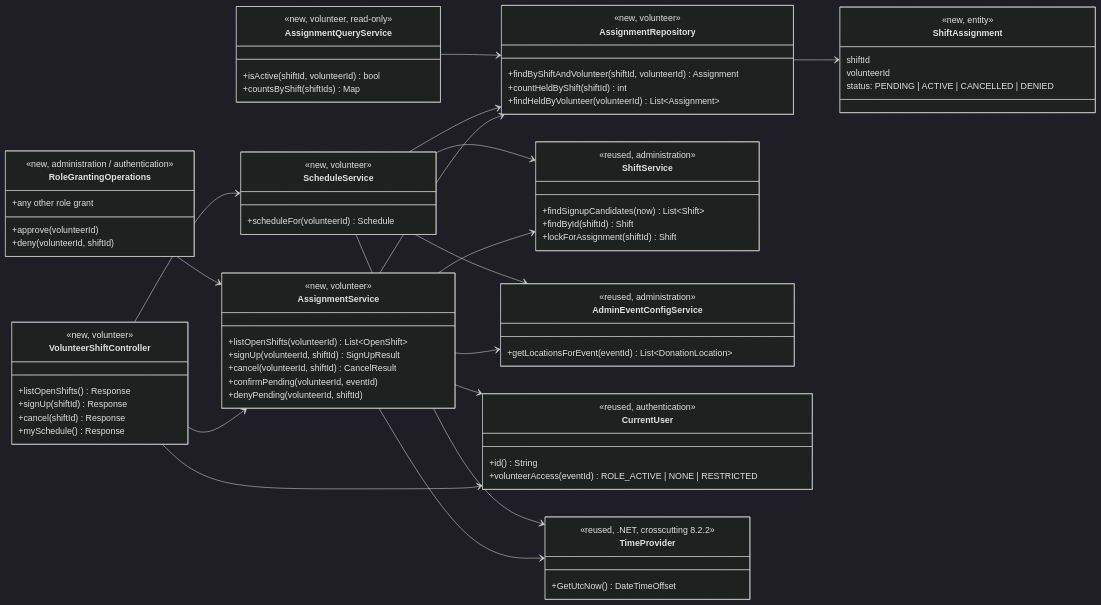
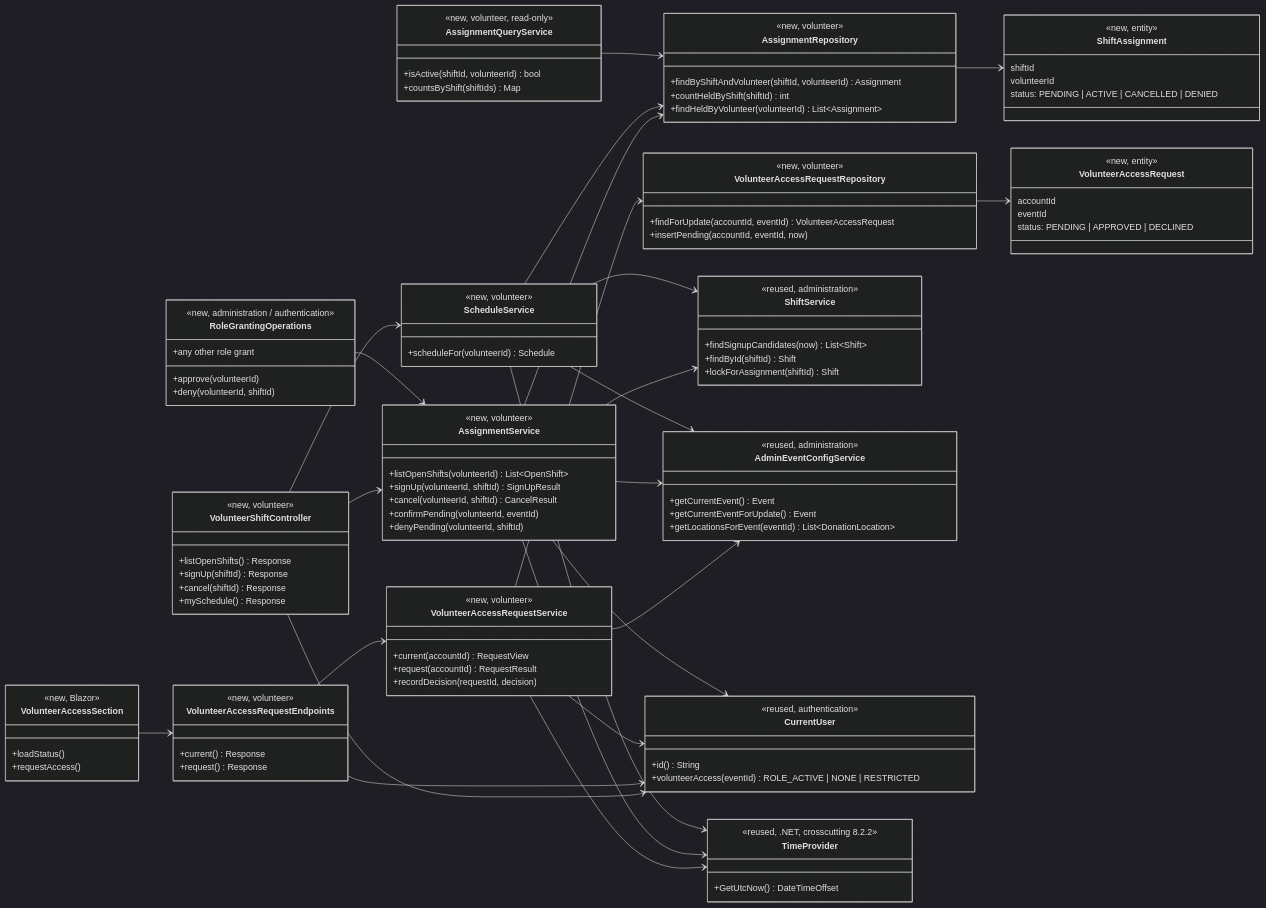
One commit to evelyntrann/cosc-40943-team-3-refrog changed the first of 9 diagrams in docs/design/VOL.md. Above: the diagram before and after it, drawn with Mermaid (dark theme). The commit also changed other lines of this file and 3 other files, not shown here.

Commit message:
docs: design volunteer access requests

```diff
--- a/docs/design/VOL.md
+++ b/docs/design/VOL.md
@@ -63,6 +64,33 @@
         +signUp(shiftId) Response
         +cancel(shiftId) Response
         +mySchedule() Response
+    }
+    class VolunteerAccessSection {
+        <<new, Blazor>>
+        +loadStatus()
+        +requestAccess()
+    }
+    class VolunteerAccessRequestEndpoints {
+        <<new, volunteer>>
+        +current() Response
+        +request() Response
+    }
+    class VolunteerAccessRequestService {
+        <<new, volunteer>>
+        +current(accountId) RequestView
+        +request(accountId) RequestResult
+        +recordDecision(requestId, decision)
+    }
+    class VolunteerAccessRequestRepository {
+        <<new, volunteer>>
+        +findForUpdate(accountId, eventId) VolunteerAccessRequest
+        +insertPending(accountId, eventId, now)
+    }
+    class VolunteerAccessRequest {
+        <<new, entity>>
+        accountId
+        eventId
+        status: PENDING | APPROVED | DECLINED
     }
     class AssignmentService {
         <<new, volunteer>>
@@ -107,6 +135,8 @@
     }
     class AdminEventConfigService {
         <<reused, administration>>
+        +getCurrentEvent() Event
+        +getCurrentEventForUpdate() Event
         +getLocationsForEvent(eventId) List~DonationLocation~
     }
     class CurrentUser {
@@ -121,6 +151,14 @@
     VolunteerShiftController --> AssignmentService
     VolunteerShiftController --> ScheduleService
     VolunteerShiftController --> CurrentUser
+    VolunteerAccessSection --> VolunteerAccessRequestEndpoints
+    VolunteerAccessRequestEndpoints --> VolunteerAccessRequestService
+    VolunteerAccessRequestEndpoints --> CurrentUser
+    VolunteerAccessRequestService --> VolunteerAccessRequestRepository
+    VolunteerAccessRequestService --> AdminEventConfigService
+    VolunteerAccessRequestService --> CurrentUser
+    VolunteerAccessRequestService --> TimeProvider
+    VolunteerAccessRequestRepository --> VolunteerAccessRequest
     AssignmentService --> AssignmentRepository
     AssignmentService --> ShiftService
     AssignmentService --> AdminEventConfigService
```
